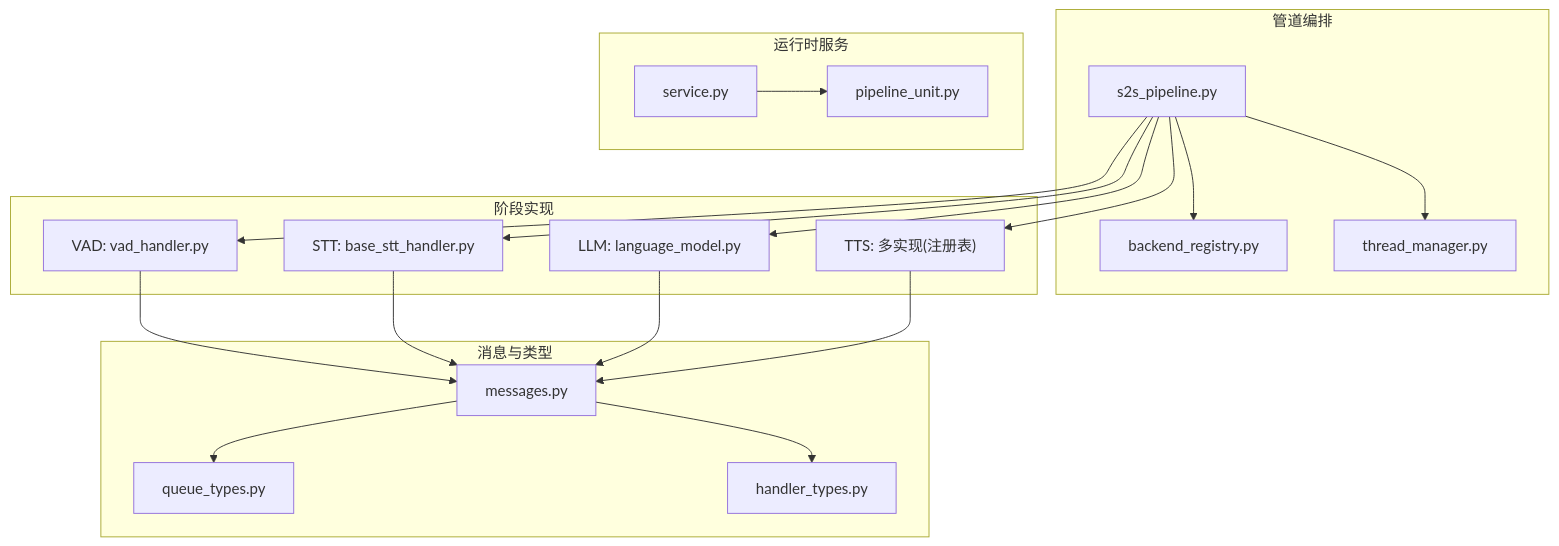
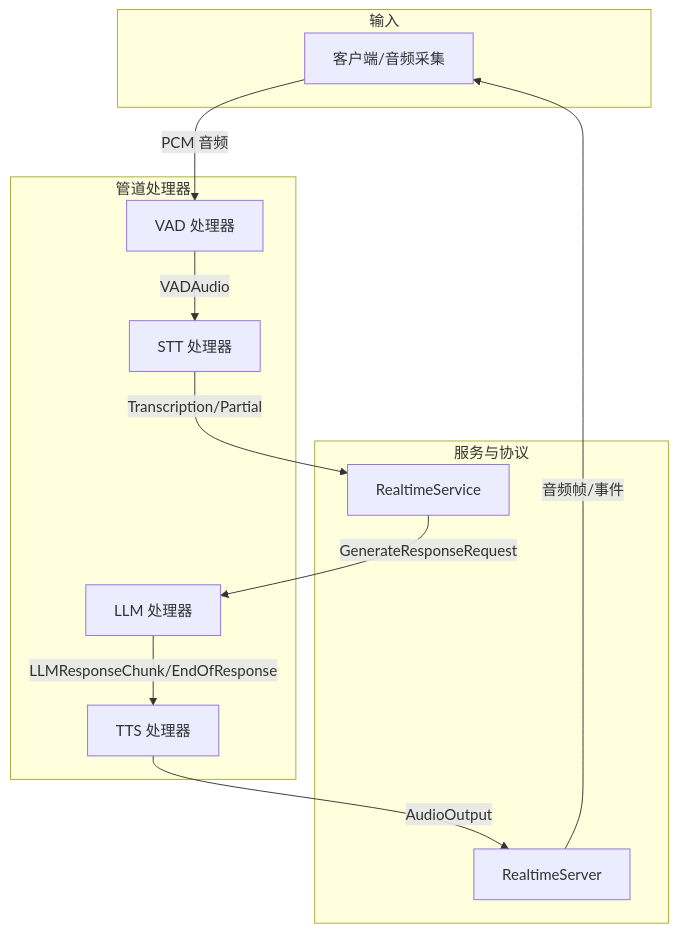
The first of 10 diagrams in .qoder/repowiki/zh/content/核心架构/核心架构.md (joezxh/speech-to-speech), drawn with Mermaid before and after one commit. The commit also changed other lines of this file and 202 other files, not shown here.

````diff
--- a/.qoder/repowiki/zh/content/核心架构/核心架构.md
+++ b/.qoder/repowiki/zh/content/核心架构/核心架构.md
@@ -48,36 +43,23 @@
 ```mermaid
 graph TB
-subgraph "管道编排"
-A["s2s_pipeline.py"]
-B["backend_registry.py"]
-C["thread_manager.py"]
+subgraph "输入"
+Client["客户端/音频采集"]
 end
-subgraph "阶段实现"
-D["VAD: vad_handler.py"]
-E["STT: base_stt_handler.py"]
-F["LLM: language_model.py"]
-G["TTS: 多实现(注册表)"]
+subgraph "管道处理器"
+VAD["VAD 处理器"]
+STT["STT 处理器"]
+LLM["LLM 处理器"]
+TTS["TTS 处理器"]
 end
-subgraph "消息与类型"
-H["messages.py"]
-I["queue_types.py"]
-J["handler_types.py"]
+subgraph "服务与协议"
+Service["RealtimeService"]
+Server["RealtimeServer"]
 end
-subgraph "运行时服务"
-K["service.py"]
-L["pipeline_unit.py"]
-end
-A --> B
-A --> C
-A --> D
-A --> E
-A --> F
-A --> G
-D --> H
-E --> H
-F --> H
-G --> H
-H --> I
-H --> J
-K --> L
+Client --> |PCM 音频| VAD
+VAD --> |VADAudio| STT
+STT --> |Transcription/Partial| Service
+Service --> |GenerateResponseRequest| LLM
+LLM --> |LLMResponseChunk/EndOfResponse| TTS
+TTS --> |AudioOutput| Server
+Server --> |音频帧/事件| Client
 ```
````
